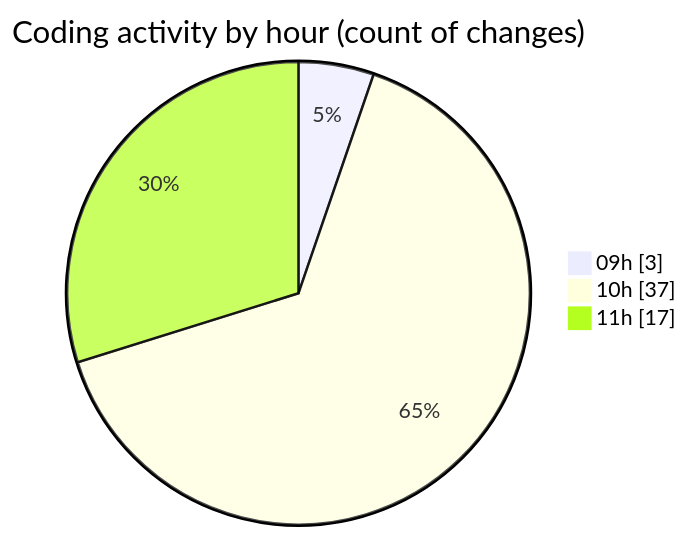
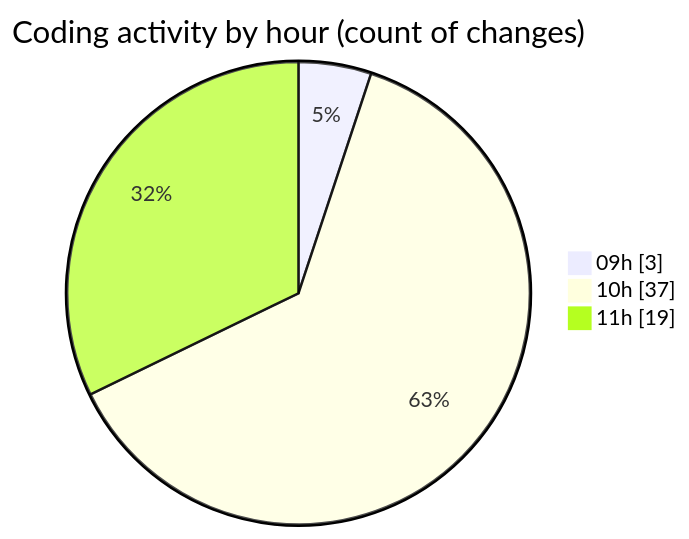
One commit to CELIANVF/code-tracking changed the second of 2 diagrams in 2025-05-02/ecodeli/README.md. Above: the diagram before and after it, drawn with Mermaid. The commit also changed other lines of this file and 1 other file, not shown here.

````diff
--- a/2025-05-02/ecodeli/README.md
+++ b/2025-05-02/ecodeli/README.md
@@ -55,7 +56,7 @@
 ```mermaid
 pie showData
 title Coding activity by hour (count of changes)
 "09h" : 3
 "10h" : 37
-"11h" : 17
+"11h" : 19
 ```
````
